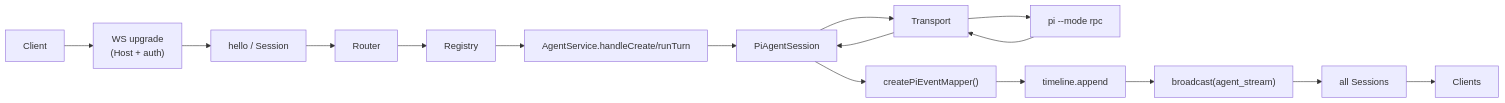
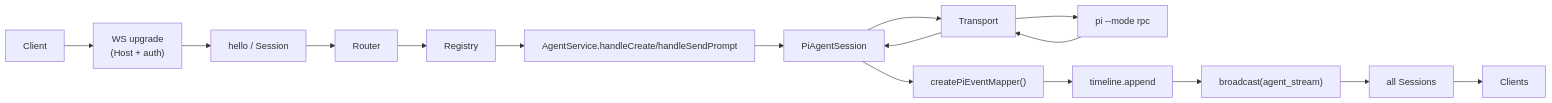
One commit to avatsaev/pi-studio changed the ninth of 9 diagrams in packages/server/docs/gateway-architecture.md. Above: the diagram before and after it, drawn with Mermaid. The commit also changed other lines of this file and 316 other files, not shown here.

````diff
--- a/packages/server/docs/gateway-architecture.md
+++ b/packages/server/docs/gateway-architecture.md
@@ -444,9 +452,9 @@
 ```mermaid
 flowchart LR
   Client --> Upgrade["WS upgrade<br/>(Host + auth)"] --> Hello["hello / Session"] --> Router --> Registry
-  Registry --> Handle["AgentService.handleCreate/runTurn"] --> Session["PiAgentSession"]
+  Registry --> Handle["AgentService.handleCreate/handleSendPrompt"] --> Session["PiAgentSession"]
   Session --> Transport --> Pi["pi --mode rpc"]
   Pi --> Transport --> Session
   Session --> Mapper["createPiEventMapper()"] --> Timeline["timeline.append"] --> Broadcast["broadcast(agent_stream)"]
   Broadcast --> Sessions["all Sessions"] --> Clients
 ```
````
